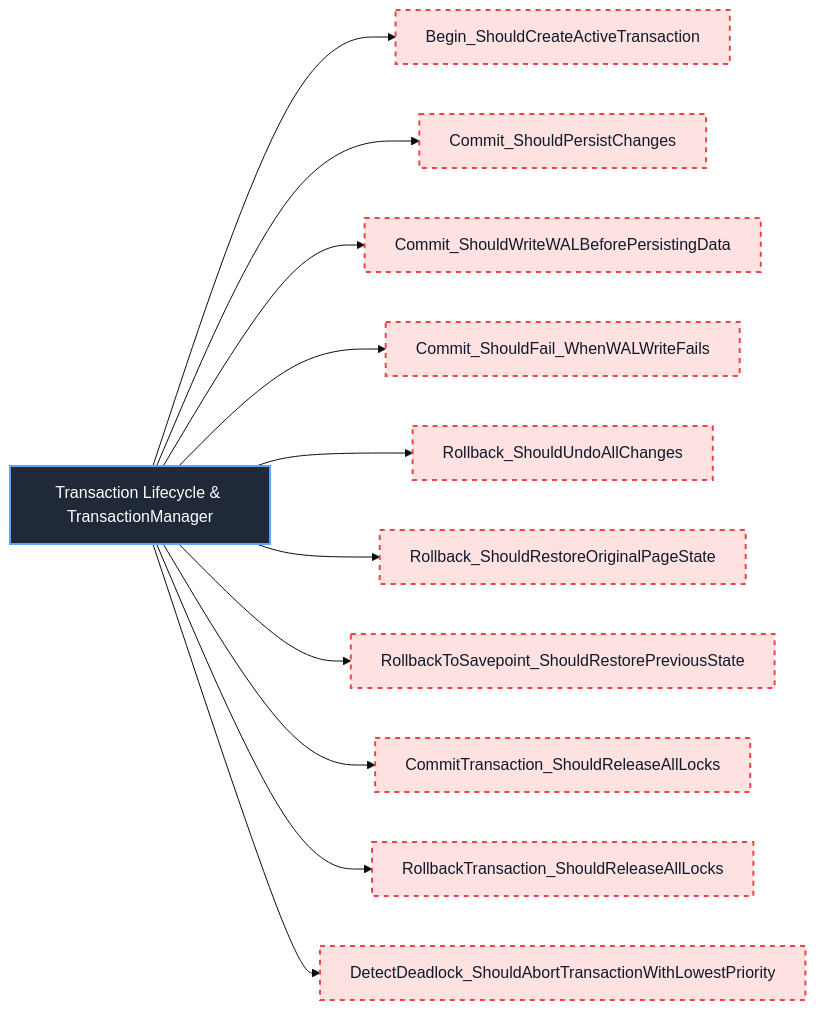
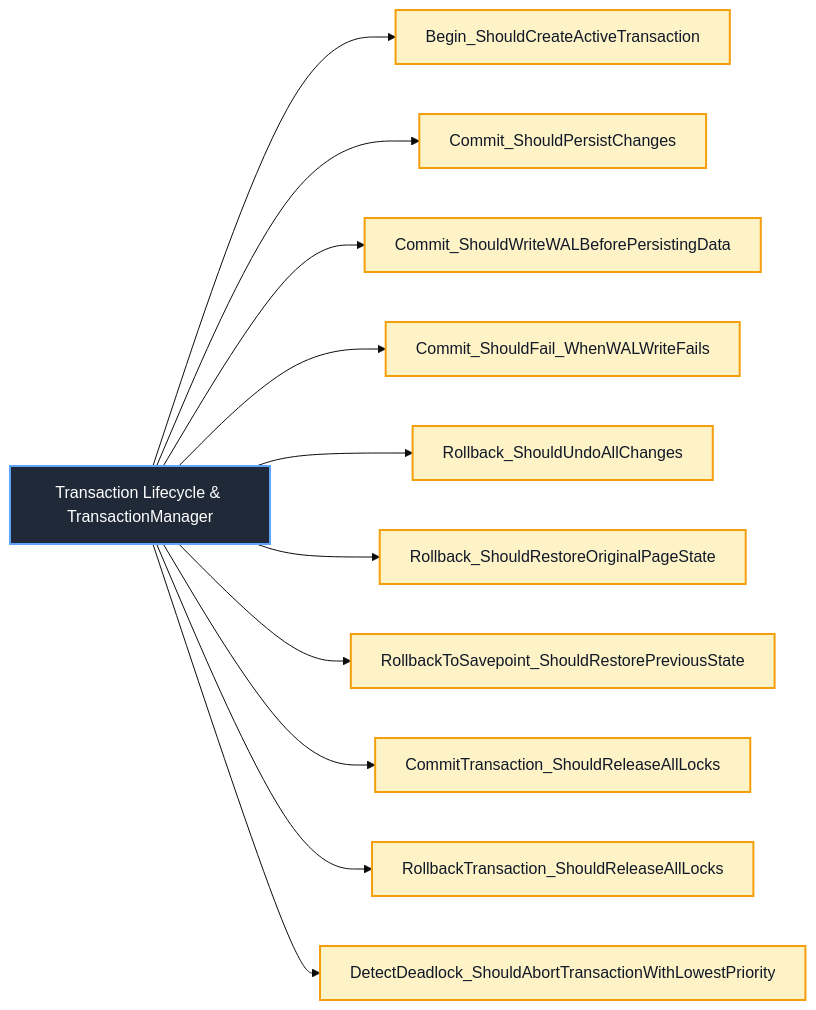
One commit to Hagiakhanh/bbv-dbms changed diagram 33 of 53 in docs/sequence-diagrams/README.md. Above: the diagram before and after it, drawn with Mermaid (base theme). The commit also changed other lines of this file and 30 other files, not shown here.

````diff
--- a/docs/sequence-diagrams/README.md
+++ b/docs/sequence-diagrams/README.md
@@ -1334,22 +1335,22 @@
 ```mermaid
 flowchart LR
     ClassNode["Transaction Lifecycle & TransactionManager"]
 
     ClassNode --> Transaction_Lifecycle___TransactionManager_1["Begin_ShouldCreateActiveTransaction"]
     ClassNode --> Transaction_Lifecycle___TransactionManager_2["Commit_ShouldPersistChanges"]
     ClassNode --> Transaction_Lifecycle___TransactionManager_3["Commit_ShouldWriteWALBeforePersistingData"]
     ClassNode --> Transaction_Lifecycle___TransactionManager_4["Commit_ShouldFail_WhenWALWriteFails"]
     ClassNode --> Transaction_Lifecycle___TransactionManager_5["Rollback_ShouldUndoAllChanges"]
     ClassNode --> Transaction_Lifecycle___TransactionManager_6["Rollback_ShouldRestoreOriginalPageState"]
     ClassNode --> Transaction_Lifecycle___TransactionManager_7["RollbackToSavepoint_ShouldRestorePreviousState"]
     ClassNode --> Transaction_Lifecycle___TransactionManager_8["CommitTransaction_ShouldReleaseAllLocks"]
     ClassNode --> Transaction_Lifecycle___TransactionManager_9["RollbackTransaction_ShouldReleaseAllLocks"]
     ClassNode --> Transaction_Lifecycle___TransactionManager_10["DetectDeadlock_ShouldAbortTransactionWithLowestPriority"]
 
     classDef classNode fill:#1f2937,stroke:#60a5fa,color:#ffffff,stroke-width:2px
     classDef completedTest fill:#dcfce7,stroke:#22c55e,color:#111827,stroke-width:2px
-    classDef missingTest fill:#fee2e2,stroke:#ef4444,color:#111827,stroke-width:2px,stroke-dasharray:5 5
+    classDef redPhaseTest fill:#fef3c7,stroke:#f59e0b,color:#111827,stroke-width:2px
 
     class ClassNode classNode
-    class Transaction_Lifecycle___TransactionManager_1,Transaction_Lifecycle___TransactionManager_2,Transaction_Lifecycle___TransactionManager_3,Transaction_Lifecycle___TransactionManager_4,Transaction_Lifecycle___TransactionManager_5,Transaction_Lifecycle___TransactionManager_6,Transaction_Lifecycle___TransactionManager_7,Transaction_Lifecycle___TransactionManager_8,Transaction_Lifecycle___TransactionManager_9,Transaction_Lifecycle___TransactionManager_10 missingTest
+    class Transaction_Lifecycle___TransactionManager_1,Transaction_Lifecycle___TransactionManager_2,Transaction_Lifecycle___TransactionManager_3,Transaction_Lifecycle___TransactionManager_4,Transaction_Lifecycle___TransactionManager_5,Transaction_Lifecycle___TransactionManager_6,Transaction_Lifecycle___TransactionManager_7,Transaction_Lifecycle___TransactionManager_8,Transaction_Lifecycle___TransactionManager_9,Transaction_Lifecycle___TransactionManager_10 redPhaseTest
 ```
````
